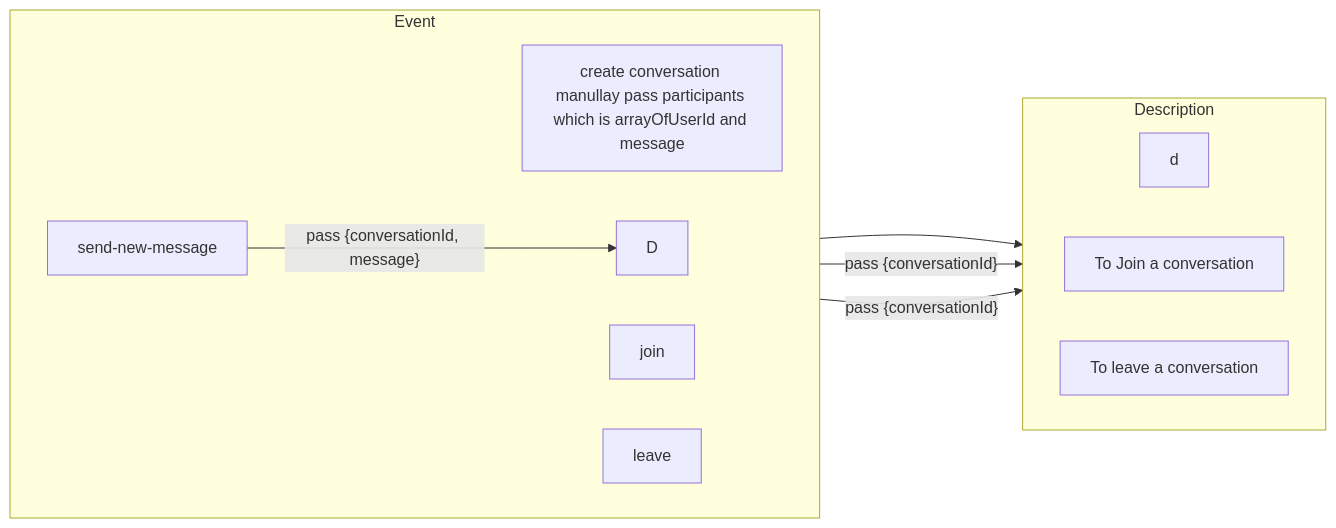
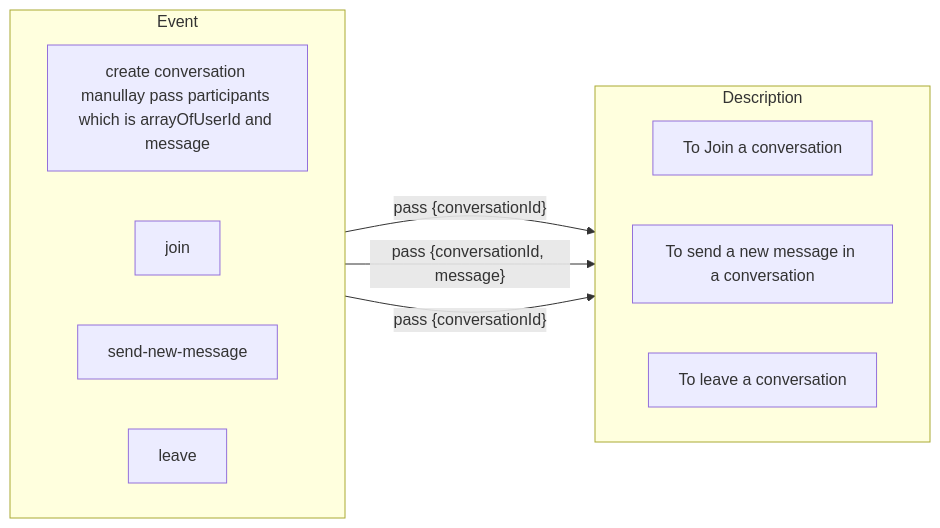
One commit to MohammadSheakh/Sikring-camera-backend changed the diagram in src/helpers/chat.mermaid. Above: the diagram before and after it, drawn with Mermaid. The commit also changed other lines of this file and 2 other files, not shown here.

```diff
--- a/src/helpers/chat.mermaid
+++ b/src/helpers/chat.mermaid
@@ -1,23 +1,21 @@
 flowchart LR
   
    subgraph Description
       
         direction LR
 
-        A1D[d]
          Ad[To Join a conversation]
+         Cd[To send a new message in a conversation]
          Bd[To leave a conversation]
         
   end
 
-    
-
   subgraph Event
       
         direction LR
-        A1[create conversation manullay pass participants which is arrayOfUserId and message] --> A1D
+        A1[create conversation manullay pass participants which is arrayOfUserId and message] 
 
         A[join] --pass {conversationId}--> Ad
-        B[leave] --pass {conversationId}--> Bd
-        C[send-new-message] --pass {conversationId, message}--> D
+        C[send-new-message] --pass {conversationId, message}-->Cd
+        B[leave] --pass {conversationId}--> Bd    
   end
```
